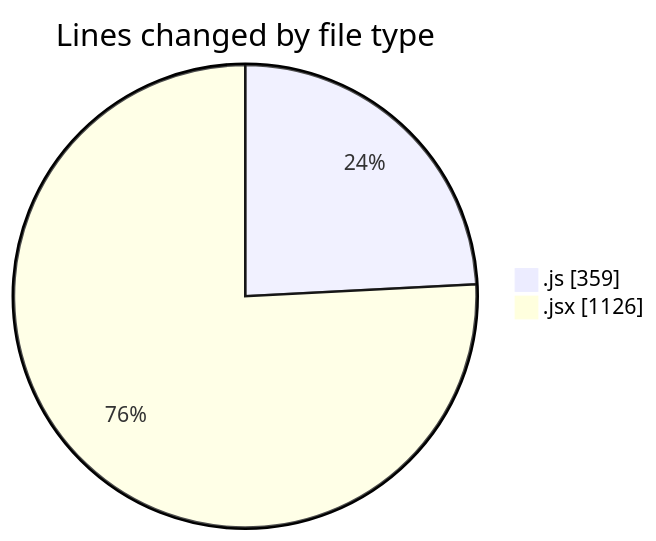
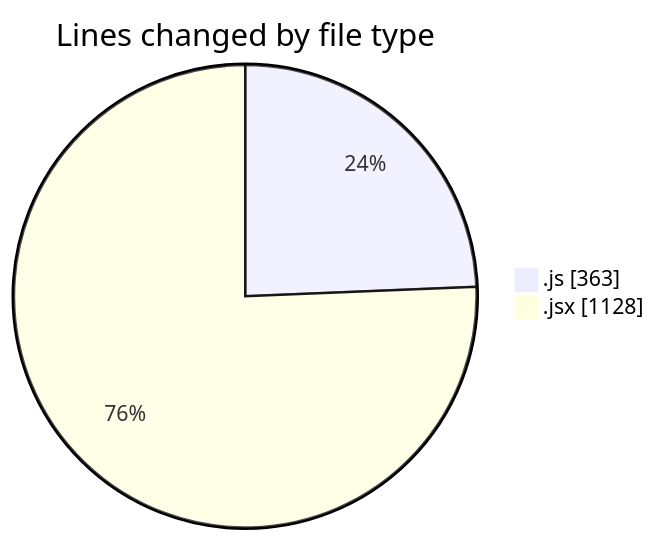
Before and after one commit to nxtqubesakshisongat/code-tracking: the first of 2 diagrams in 2025-12-26/nxtqube_webapp/README.md, drawn with Mermaid. The commit also changed other lines of this file and 1 other file, not shown here.

````diff
--- a/2025-12-26/nxtqube_webapp/README.md
+++ b/2025-12-26/nxtqube_webapp/README.md
@@ -23,6 +23,6 @@
 ```mermaid
 pie showData
 title Lines changed by file type
-".js" : 359
-".jsx" : 1126
+".js" : 363
+".jsx" : 1128
 ```
````
